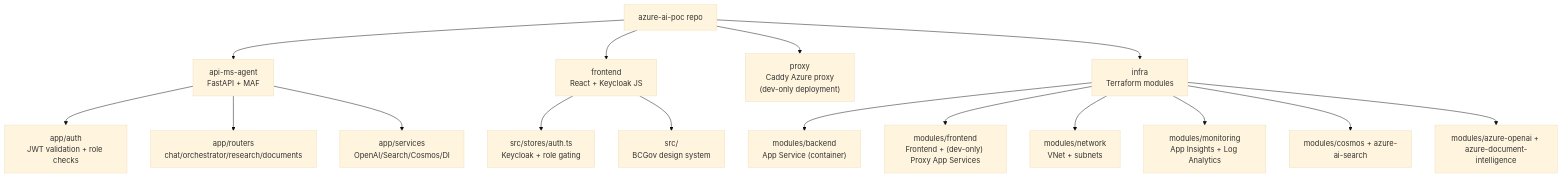
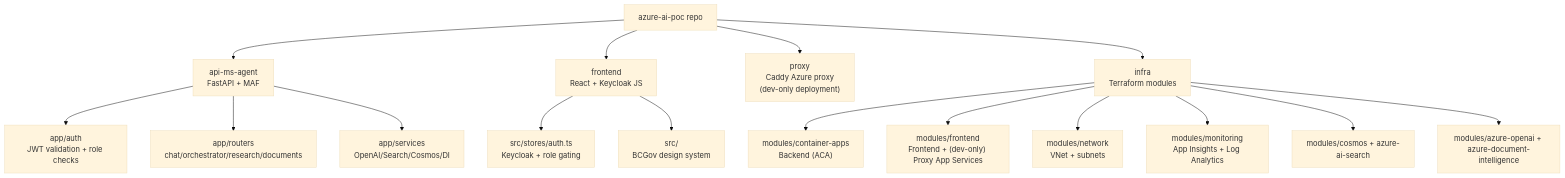
The second of 7 diagrams in docs/ARCHITECTURE_DEMO.md (bcgov/azure-ai-poc), drawn with Mermaid (base theme) before and after one commit. The commit also changed other lines of this file and 1 other file, not shown here.

Commit message:
update according to aca deployment

````diff
--- a/docs/ARCHITECTURE_DEMO.md
+++ b/docs/ARCHITECTURE_DEMO.md
@@ -96,22 +96,22 @@
 ```mermaid
 flowchart TB
   R["azure-ai-poc repo"]
   R --> AMS["api-ms-agent<br/>FastAPI + MAF"]
   R --> FE["frontend<br/>React + Keycloak JS"]
   R --> PX["proxy<br/>Caddy Azure proxy<br/>(dev-only deployment)"]
   R --> INF["infra<br/>Terraform modules"]
 
   AMS --> AMS_AUTH["app/auth<br/>JWT validation + role checks"]
   AMS --> AMS_ROUT["app/routers<br/>chat/orchestrator/research/documents"]
   AMS --> AMS_SVC["app/services<br/>OpenAI/Search/Cosmos/DI"]
 
   FE --> FE_AUTH["src/stores/auth.ts<br/>Keycloak + role gating"]
   FE --> FE_UI["src/<br/>BCGov design system"]
 
-  INF --> M_BACK["modules/backend<br/>App Service (container)"]
+  INF --> M_BACK["modules/container-apps<br/>Backend (ACA)"]
   INF --> M_FRONT["modules/frontend<br/>Frontend + (dev-only) Proxy App Services"]
   INF --> M_NET["modules/network<br/>VNet + subnets"]
   INF --> M_MON["modules/monitoring<br/>App Insights + Log Analytics"]
   INF --> M_DATA["modules/cosmos + azure-ai-search"]
   INF --> M_AI["modules/azure-openai + azure-document-intelligence"]
 ```
````
